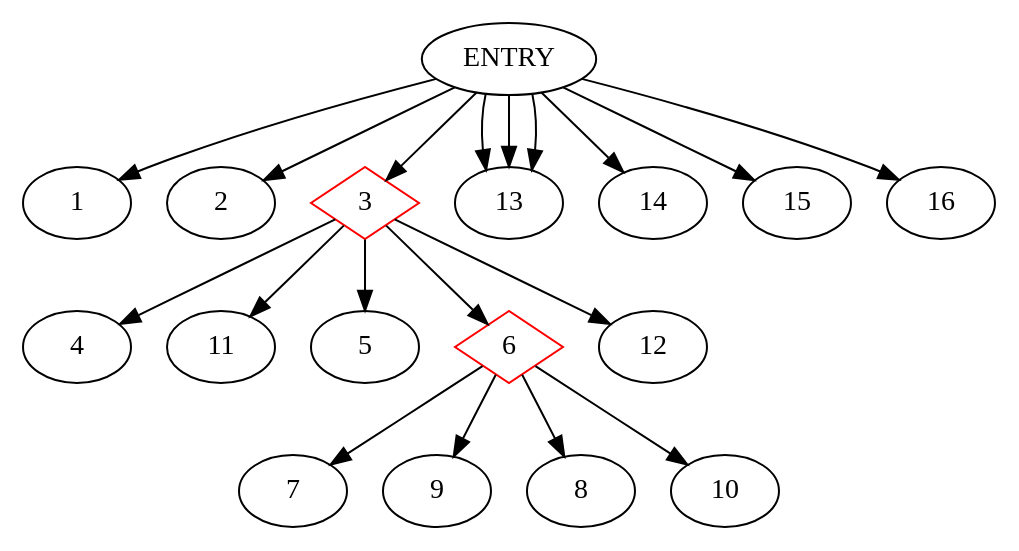
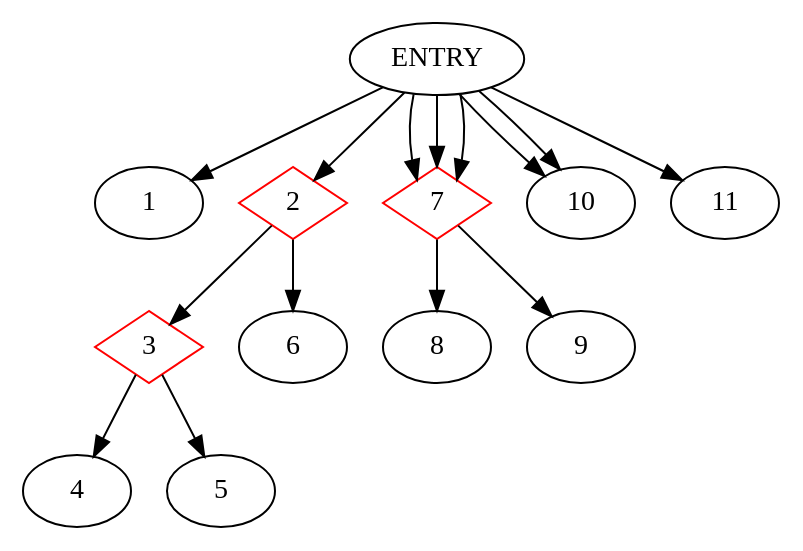
Before and after one commit to akshitij/TestgenRepo: the diagram in Testgen/CDG.dot, drawn with Graphviz. The commit also changed 45 other files, not shown here.

```diff
--- a/Testgen/CDG.dot
+++ b/Testgen/CDG.dot
@@ -1,22 +1,21 @@
 digraph CDG {
 ENTRY -> 1
+2 [shape=diamond, color=red]
 ENTRY -> 2
 3 [shape=diamond, color=red]
-ENTRY -> 3
+2-> 3
+2-> 6
 3-> 4
-3-> 11
 3-> 5
-6 [shape=diamond, color=red]
-3-> 6
-6-> 7
-6-> 9
-6-> 8
-ENTRY -> 13
-6-> 10
-ENTRY -> 13
-3-> 12
-ENTRY -> 13
-ENTRY -> 14
-ENTRY -> 15
-ENTRY -> 16
+7 [shape=diamond, color=red]
+ENTRY -> 7
+7 [shape=diamond, color=red]
+ENTRY -> 7
+7 [shape=diamond, color=red]
+ENTRY -> 7
+7-> 8
+7-> 9
+ENTRY -> 10
+ENTRY -> 10
+ENTRY -> 11
 }
```
